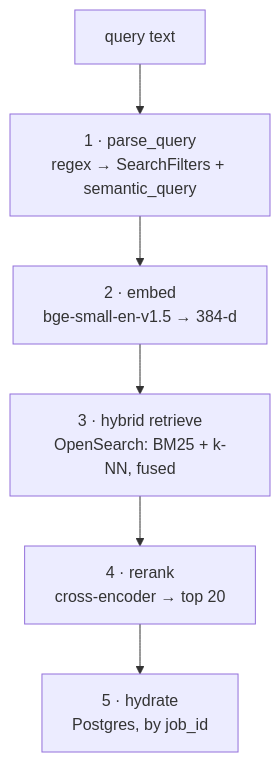
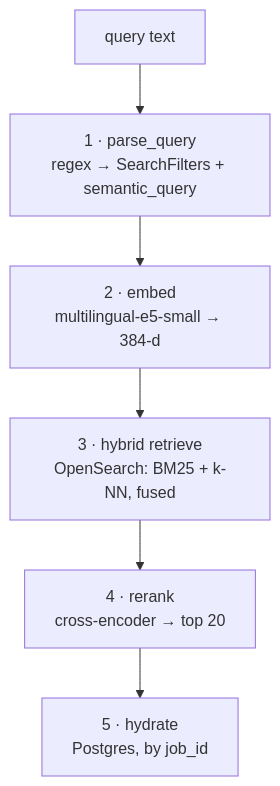
Before and after one commit to LorenzoSchiroli/jobsifty: the second of 7 diagrams in README.md, drawn with Mermaid. The commit also changed other lines of this file and 1 other file, not shown here.

````diff
--- a/README.md
+++ b/README.md
@@ -82,11 +84,11 @@
 ```mermaid
 flowchart TB
     Q["query text"]
     P["1 · parse_query<br/>regex → SearchFilters + semantic_query"]
-    E["2 · embed<br/>bge-small-en-v1.5 → 384-d"]
+    E["2 · embed<br/>multilingual-e5-small → 384-d"]
     H["3 · hybrid retrieve<br/>OpenSearch: BM25 + k-NN, fused"]
     R["4 · rerank<br/>cross-encoder → top 20"]
     D["5 · hydrate<br/>Postgres, by job_id"]
 
     Q --> P --> E --> H --> R --> D
 ```
````
